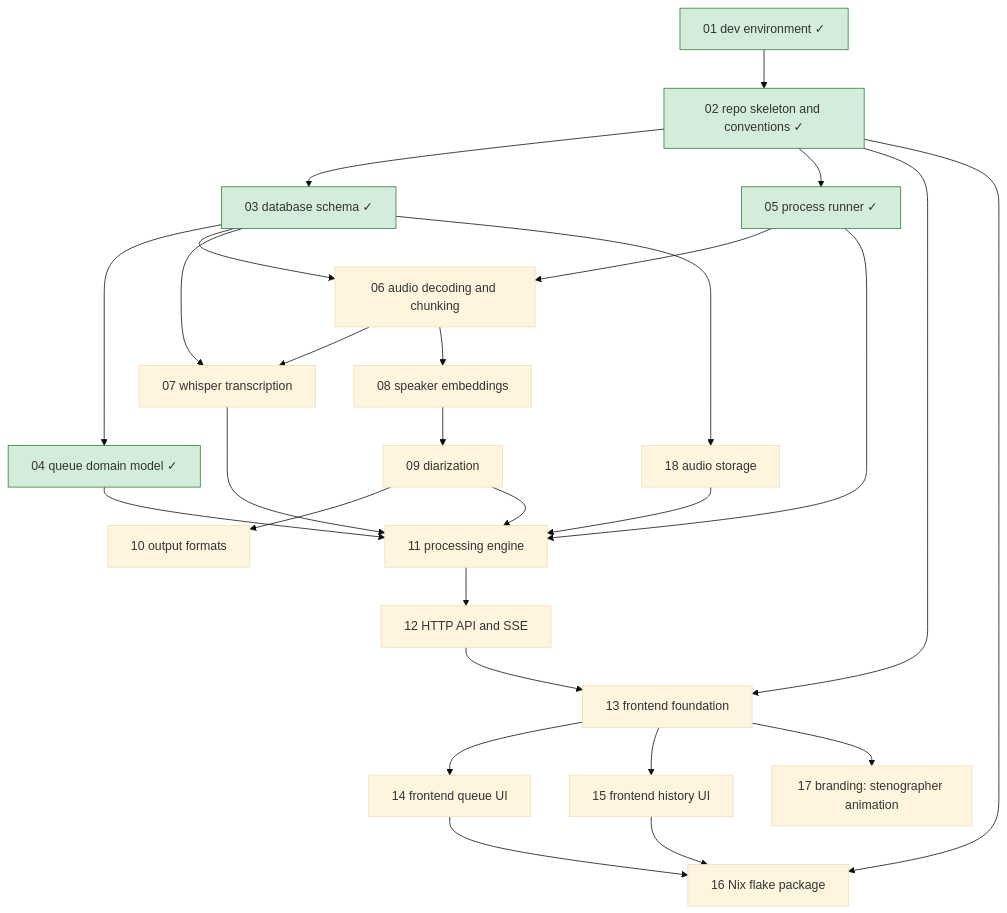
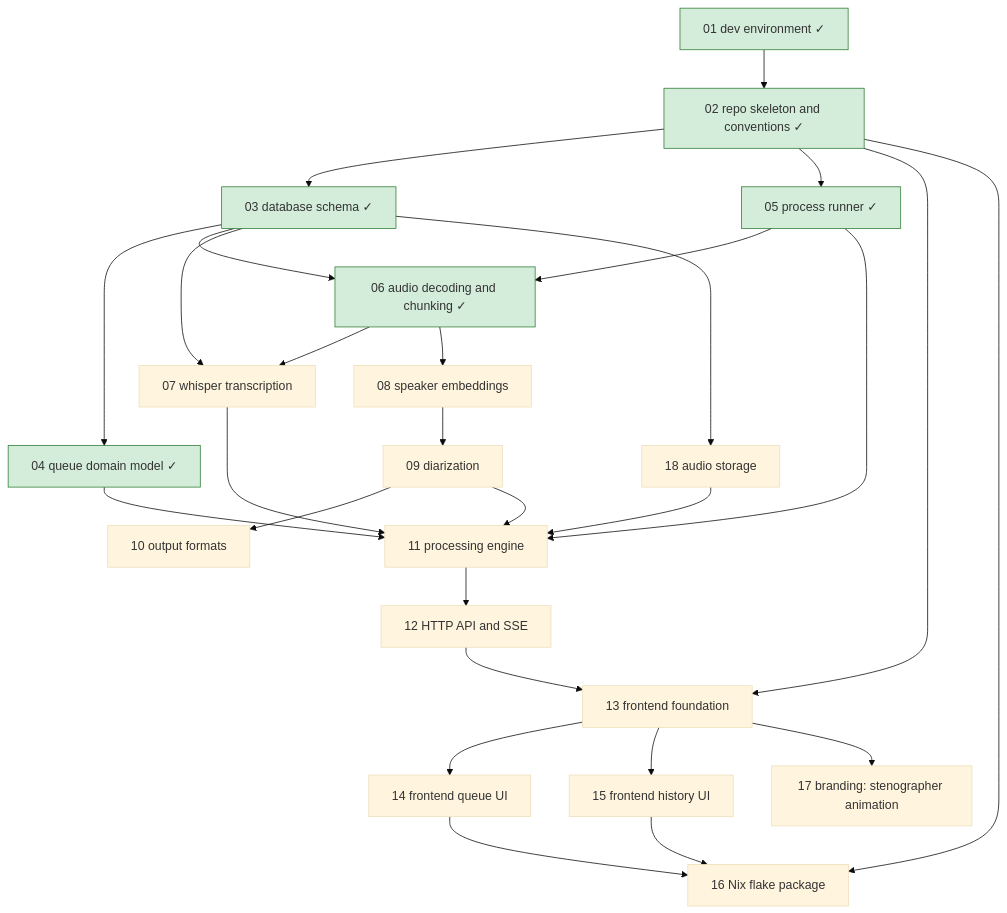
Before and after one commit to lulu-berlin/speech-to-text-app: the diagram in roadmap/README.md, drawn with Mermaid (base theme). The commit also changed other lines of this file and 3 other files, not shown here.

Commit message:
Complete roadmap item 06: move spec to docs/specs/audio-decoding-and-chunking.md

````diff
--- a/roadmap/README.md
+++ b/roadmap/README.md
@@ -17,30 +17,30 @@
 ```mermaid
 graph TD
   01[01 dev environment ✓]:::done --> 02[02 repo skeleton and conventions ✓]:::done
   02 --> 03[03 database schema ✓]:::done
   03 --> 04[04 queue domain model ✓]:::done
   02 --> 05[05 process runner ✓]:::done
-  05 --> 06[06 audio decoding and chunking]
+  05 --> 06[06 audio decoding and chunking ✓]:::done
   03 --> 06
   06 --> 07[07 whisper transcription]
   03 --> 07
   06 --> 08[08 speaker embeddings]
   08 --> 09[09 diarization]
   09 --> 10[10 output formats]
   04 --> 11[11 processing engine]
   05 --> 11
   07 --> 11
   09 --> 11
   03 --> 18[18 audio storage]
   18 --> 11
   11 --> 12[12 HTTP API and SSE]
   02 --> 13[13 frontend foundation]
   12 --> 13
   13 --> 14[14 frontend queue UI]
   13 --> 15[15 frontend history UI]
   02 --> 16[16 Nix flake package]
   14 --> 16
   15 --> 16
   13 --> 17[17 branding: stenographer animation]
   classDef done fill:#d4edda,stroke:#2e7d32
 ```
````
